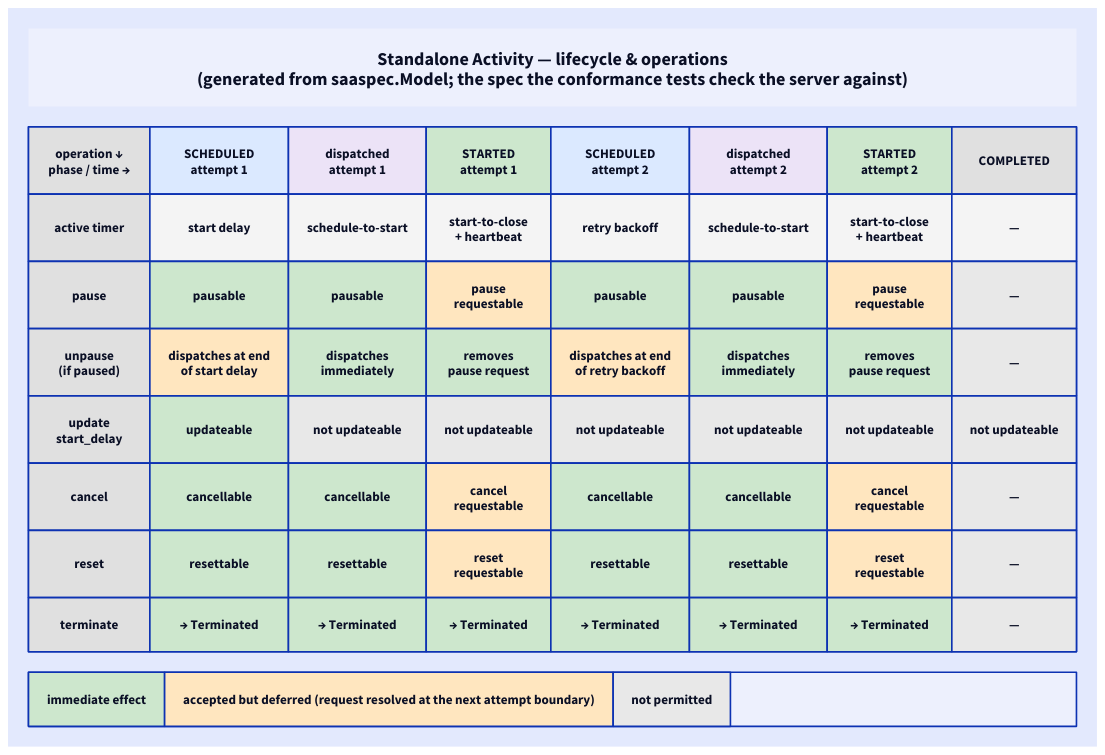
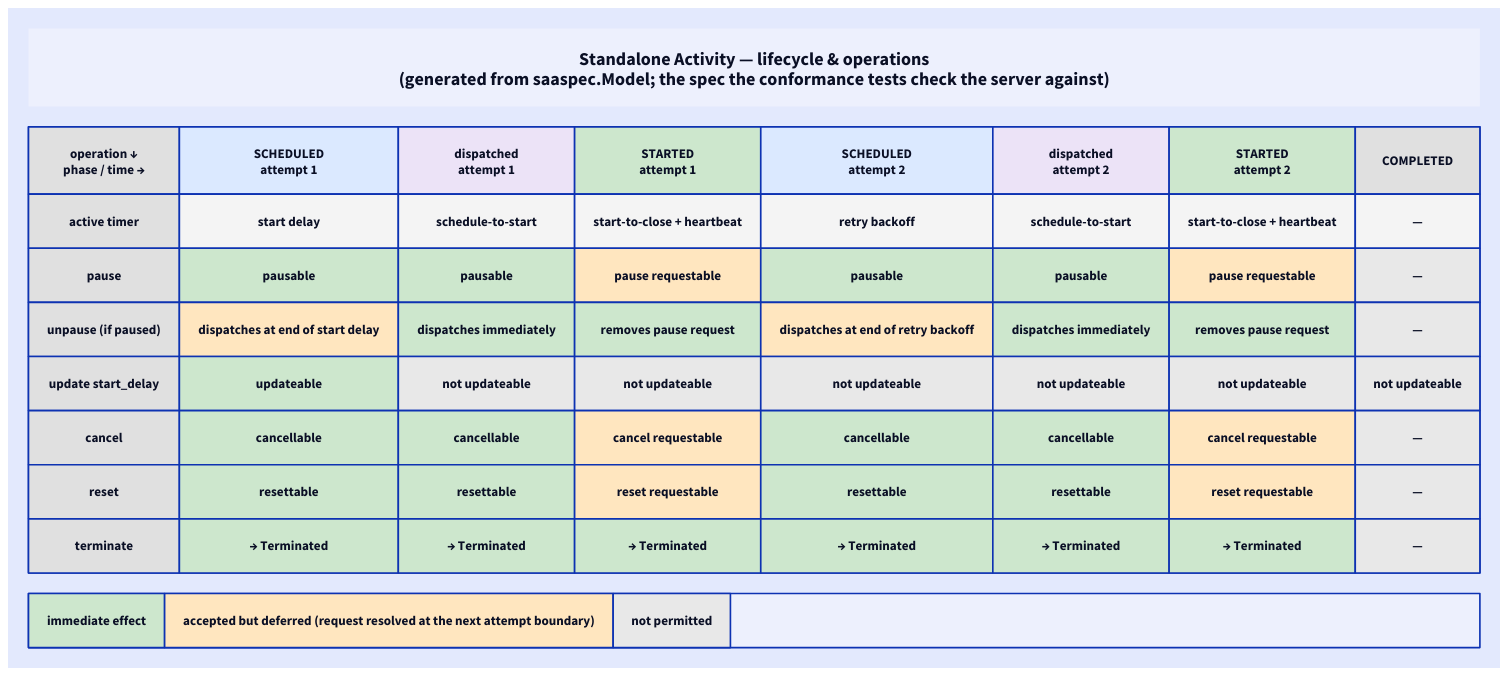
One commit to dandavison/temporalio-temporal changed the diagram in chasm/lib/activity/saaspec/lifecycle.d2. Above: the diagram before and after it, drawn with D2. The commit also changed 6 other files, not shown here.

```diff
--- a/chasm/lib/activity/saaspec/lifecycle.d2
+++ b/chasm/lib/activity/saaspec/lifecycle.d2
@@ -1,92 +1,92 @@
 # GENERATED by `make saa-lifecycle-diagram` from saaspec.Model — do not edit.
 
 page: "" {
   grid-rows: 3
   grid-gap: 25
   style.stroke-width: 0
 
   title: "Standalone Activity — lifecycle & operations\n(generated from saaspec.Model; the spec the conformance tests check the server against)" {
     style.bold: true
     style.font-size: 22
     style.stroke-width: 0
   }
 
   table: "" {
     grid-rows: 8
     grid-columns: 8
     grid-gap: 0
 
     c0_0: "operation  ↓\nphase / time  →" { style.fill: "#e0e0e0"; style.bold: true }
     c0_1: "SCHEDULED\nattempt 1" { style.fill: "#dbe9ff"; style.bold: true }
     c0_2: "dispatched\nattempt 1" { style.fill: "#ece3f7"; style.bold: true }
     c0_3: "STARTED\nattempt 1" { style.fill: "#cde7cd"; style.bold: true }
     c0_4: "SCHEDULED\nattempt 2" { style.fill: "#dbe9ff"; style.bold: true }
     c0_5: "dispatched\nattempt 2" { style.fill: "#ece3f7"; style.bold: true }
     c0_6: "STARTED\nattempt 2" { style.fill: "#cde7cd"; style.bold: true }
     c0_7: "COMPLETED" { style.fill: "#e0e0e0"; style.bold: true }
     c1_0: "active timer" { style.fill: "#e0e0e0"; style.bold: true }
     c1_1: "start delay" { style.fill: "#f4f4f4" }
     c1_2: "schedule-to-start" { style.fill: "#f4f4f4" }
-    c1_3: "start-to-close\n+ heartbeat" { style.fill: "#f4f4f4" }
+    c1_3: "start-to-close + heartbeat" { style.fill: "#f4f4f4" }
     c1_4: "retry backoff" { style.fill: "#f4f4f4" }
     c1_5: "schedule-to-start" { style.fill: "#f4f4f4" }
-    c1_6: "start-to-close\n+ heartbeat" { style.fill: "#f4f4f4" }
+    c1_6: "start-to-close + heartbeat" { style.fill: "#f4f4f4" }
     c1_7: "—" { style.fill: "#f4f4f4" }
     c2_0: "pause" { style.fill: "#e0e0e0"; style.bold: true }
     c2_1: "pausable" { style.fill: "#cde7cd" }
     c2_2: "pausable" { style.fill: "#cde7cd" }
-    c2_3: "pause\nrequestable" { style.fill: "#ffe6bf" }
+    c2_3: "pause requestable" { style.fill: "#ffe6bf" }
     c2_4: "pausable" { style.fill: "#cde7cd" }
     c2_5: "pausable" { style.fill: "#cde7cd" }
-    c2_6: "pause\nrequestable" { style.fill: "#ffe6bf" }
+    c2_6: "pause requestable" { style.fill: "#ffe6bf" }
     c2_7: "—" { style.fill: "#e8e8e8" }
-    c3_0: "unpause\n(if paused)" { style.fill: "#e0e0e0"; style.bold: true }
-    c3_1: "dispatches at end\nof start delay" { style.fill: "#ffe6bf" }
-    c3_2: "dispatches\nimmediately" { style.fill: "#cde7cd" }
-    c3_3: "removes\npause request" { style.fill: "#cde7cd" }
-    c3_4: "dispatches at end\nof retry backoff" { style.fill: "#ffe6bf" }
-    c3_5: "dispatches\nimmediately" { style.fill: "#cde7cd" }
-    c3_6: "removes\npause request" { style.fill: "#cde7cd" }
+    c3_0: "unpause (if paused)" { style.fill: "#e0e0e0"; style.bold: true }
+    c3_1: "dispatches at end of start delay" { style.fill: "#ffe6bf" }
+    c3_2: "dispatches immediately" { style.fill: "#cde7cd" }
+    c3_3: "removes pause request" { style.fill: "#cde7cd" }
+    c3_4: "dispatches at end of retry backoff" { style.fill: "#ffe6bf" }
+    c3_5: "dispatches immediately" { style.fill: "#cde7cd" }
+    c3_6: "removes pause request" { style.fill: "#cde7cd" }
     c3_7: "—" { style.fill: "#e8e8e8" }
-    c4_0: "update\nstart_delay" { style.fill: "#e0e0e0"; style.bold: true }
+    c4_0: "update start_delay" { style.fill: "#e0e0e0"; style.bold: true }
     c4_1: "updateable" { style.fill: "#cde7cd" }
     c4_2: "not updateable" { style.fill: "#e8e8e8" }
     c4_3: "not updateable" { style.fill: "#e8e8e8" }
     c4_4: "not updateable" { style.fill: "#e8e8e8" }
     c4_5: "not updateable" { style.fill: "#e8e8e8" }
     c4_6: "not updateable" { style.fill: "#e8e8e8" }
     c4_7: "not updateable" { style.fill: "#e8e8e8" }
     c5_0: "cancel" { style.fill: "#e0e0e0"; style.bold: true }
     c5_1: "cancellable" { style.fill: "#cde7cd" }
     c5_2: "cancellable" { style.fill: "#cde7cd" }
-    c5_3: "cancel\nrequestable" { style.fill: "#ffe6bf" }
+    c5_3: "cancel requestable" { style.fill: "#ffe6bf" }
     c5_4: "cancellable" { style.fill: "#cde7cd" }
     c5_5: "cancellable" { style.fill: "#cde7cd" }
-    c5_6: "cancel\nrequestable" { style.fill: "#ffe6bf" }
+    c5_6: "cancel requestable" { style.fill: "#ffe6bf" }
     c5_7: "—" { style.fill: "#e8e8e8" }
     c6_0: "reset" { style.fill: "#e0e0e0"; style.bold: true }
     c6_1: "resettable" { style.fill: "#cde7cd" }
     c6_2: "resettable" { style.fill: "#cde7cd" }
-    c6_3: "reset\nrequestable" { style.fill: "#ffe6bf" }
+    c6_3: "reset requestable" { style.fill: "#ffe6bf" }
     c6_4: "resettable" { style.fill: "#cde7cd" }
     c6_5: "resettable" { style.fill: "#cde7cd" }
-    c6_6: "reset\nrequestable" { style.fill: "#ffe6bf" }
+    c6_6: "reset requestable" { style.fill: "#ffe6bf" }
     c6_7: "—" { style.fill: "#e8e8e8" }
     c7_0: "terminate" { style.fill: "#e0e0e0"; style.bold: true }
     c7_1: "→ Terminated" { style.fill: "#cde7cd" }
     c7_2: "→ Terminated" { style.fill: "#cde7cd" }
     c7_3: "→ Terminated" { style.fill: "#cde7cd" }
     c7_4: "→ Terminated" { style.fill: "#cde7cd" }
     c7_5: "→ Terminated" { style.fill: "#cde7cd" }
     c7_6: "→ Terminated" { style.fill: "#cde7cd" }
     c7_7: "—" { style.fill: "#e8e8e8" }
   }
 
   legend: "" {
     grid-columns: 3
     grid-gap: 0
     l0: "immediate effect" { style.fill: "#cde7cd" }
     l1: "accepted but deferred (request resolved at the next attempt boundary)" { style.fill: "#ffe6bf" }
     l2: "not permitted" { style.fill: "#e8e8e8" }
   }
 }
```
